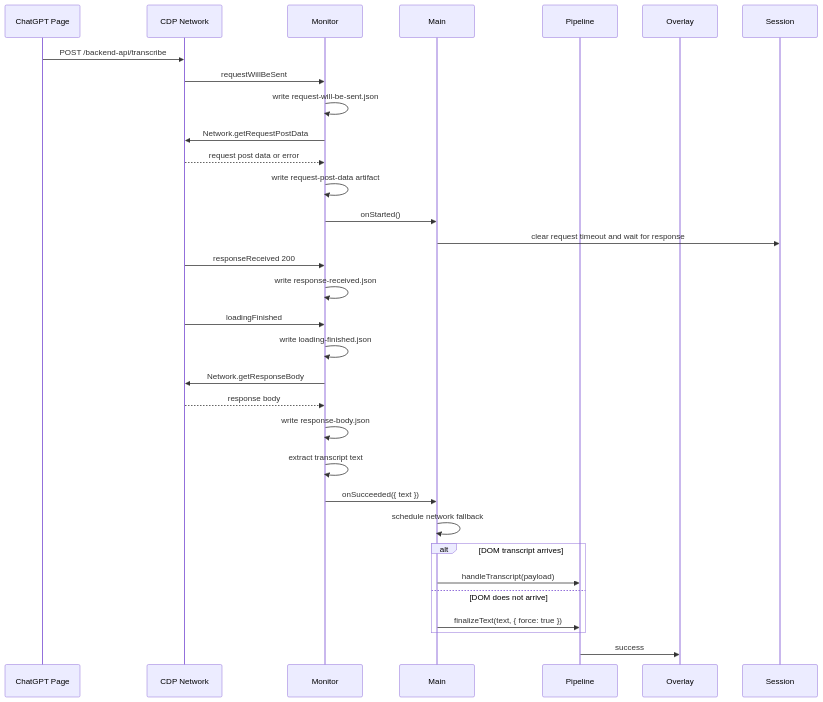
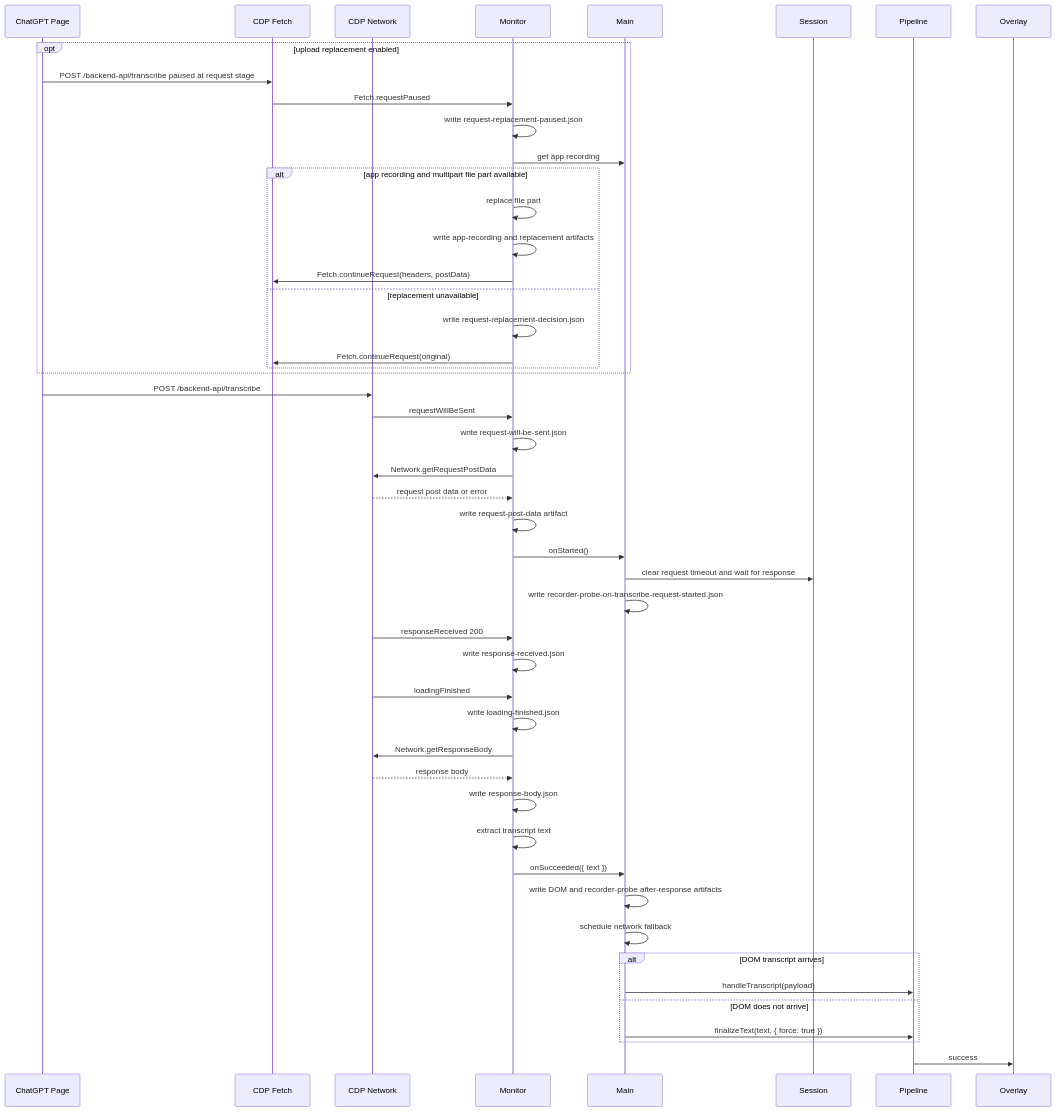
One commit to AKAazure/Dandelion changed the second of 2 diagrams in .doc/modules/chatgpt-transcribe-monitor.md. Above: the diagram before and after it, drawn with Mermaid. The commit also changed other lines of this file and 33 other files, not shown here.

First line of the commit message:
Add app-side recorder and upload replacement

````diff
--- a/.doc/modules/chatgpt-transcribe-monitor.md
+++ b/.doc/modules/chatgpt-transcribe-monitor.md
@@ -102,34 +120,52 @@
 ```mermaid
 sequenceDiagram
   participant Page as ChatGPT Page
+  participant Fetch as CDP Fetch
   participant CDP as CDP Network
   participant Monitor
   participant Main
+  participant Session
   participant Pipeline
   participant Overlay
 
+  opt upload replacement enabled
+    Page->>Fetch: POST /backend-api/transcribe paused at request stage
+    Fetch->>Monitor: Fetch.requestPaused
+    Monitor->>Monitor: write request-replacement-paused.json
+    Monitor->>Main: get app recording
+    alt app recording and multipart file part available
+      Monitor->>Monitor: replace file part
+      Monitor->>Monitor: write app-recording and replacement artifacts
+      Monitor->>Fetch: Fetch.continueRequest(headers, postData)
+    else replacement unavailable
+      Monitor->>Monitor: write request-replacement-decision.json
+      Monitor->>Fetch: Fetch.continueRequest(original)
+    end
+  end
   Page->>CDP: POST /backend-api/transcribe
   CDP->>Monitor: requestWillBeSent
   Monitor->>Monitor: write request-will-be-sent.json
   Monitor->>CDP: Network.getRequestPostData
   CDP-->>Monitor: request post data or error
   Monitor->>Monitor: write request-post-data artifact
   Monitor->>Main: onStarted()
   Main->>Session: clear request timeout and wait for response
+  Main->>Main: write recorder-probe-on-transcribe-request-started.json
   CDP->>Monitor: responseReceived 200
   Monitor->>Monitor: write response-received.json
   CDP->>Monitor: loadingFinished
   Monitor->>Monitor: write loading-finished.json
   Monitor->>CDP: Network.getResponseBody
   CDP-->>Monitor: response body
   Monitor->>Monitor: write response-body.json
   Monitor->>Monitor: extract transcript text
   Monitor->>Main: onSucceeded({ text })
+  Main->>Main: write DOM and recorder-probe after-response artifacts
   Main->>Main: schedule network fallback
   alt DOM transcript arrives
     Main->>Pipeline: handleTranscript(payload)
   else DOM does not arrive
     Main->>Pipeline: finalizeText(text, { force: true })
   end
   Pipeline->>Overlay: success
 ```
````
